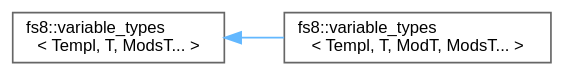
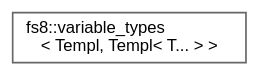
One commit to the-moisrex/foresight changed the diagram in api/inherit_graph_150.dot. Above: the diagram before and after it, drawn with Graphviz. The commit also changed 165 other files, not shown here.

```diff
--- a/api/inherit_graph_150.dot
+++ b/api/inherit_graph_150.dot
@@ -1,11 +1,9 @@
 digraph "Graphical Class Hierarchy"
 {
  // LATEX_PDF_SIZE
   bgcolor="transparent";
   edge [fontname=Helvetica,fontsize=10,labelfontname=Helvetica,labelfontsize=10];
   node [fontname=Helvetica,fontsize=10,shape=box,height=0.2,width=0.4];
   rankdir="LR";
-  Node0 [id="Node000000",label="fs8::variable_types\l\< Templ, T, ModsT... \>",height=0.2,width=0.4,color="grey40", fillcolor="white", style="filled",URL="$structfs8_1_1variable__types.html",tooltip=" "];
-  Node0 -> Node1 [id="edge151_Node000000_Node000001",dir="back",color="steelblue1",style="solid",tooltip=" "];
-  Node1 [id="Node000001",label="fs8::variable_types\l\< Templ, T, ModT, ModsT... \>",height=0.2,width=0.4,color="grey40", fillcolor="white", style="filled",URL="$structfs8_1_1variable__types_3_01Templ_00_01T_00_01ModT_00_01ModsT_8_8_8_01_4.html",tooltip=" "];
+  Node0 [id="Node000000",label="fs8::variable_types\l\< Templ, Templ\< T... \> \>",height=0.2,width=0.4,color="grey40", fillcolor="white", style="filled",URL="$structfs8_1_1variable__types_3_01Templ_00_01Templ_3_01T_8_8_8_01_4_01_4.html",tooltip=" "];
 }
```
